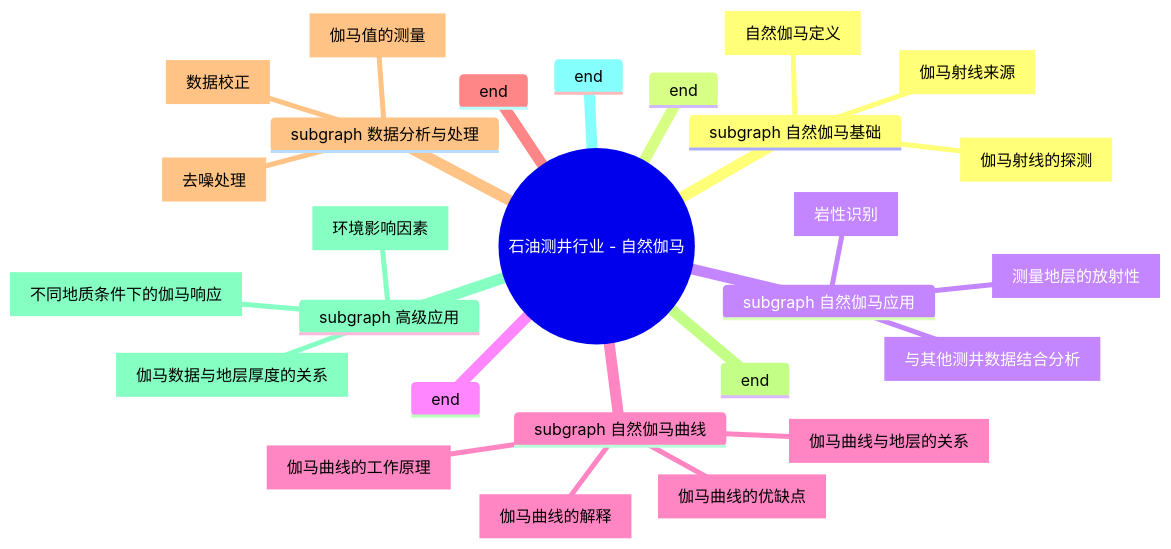
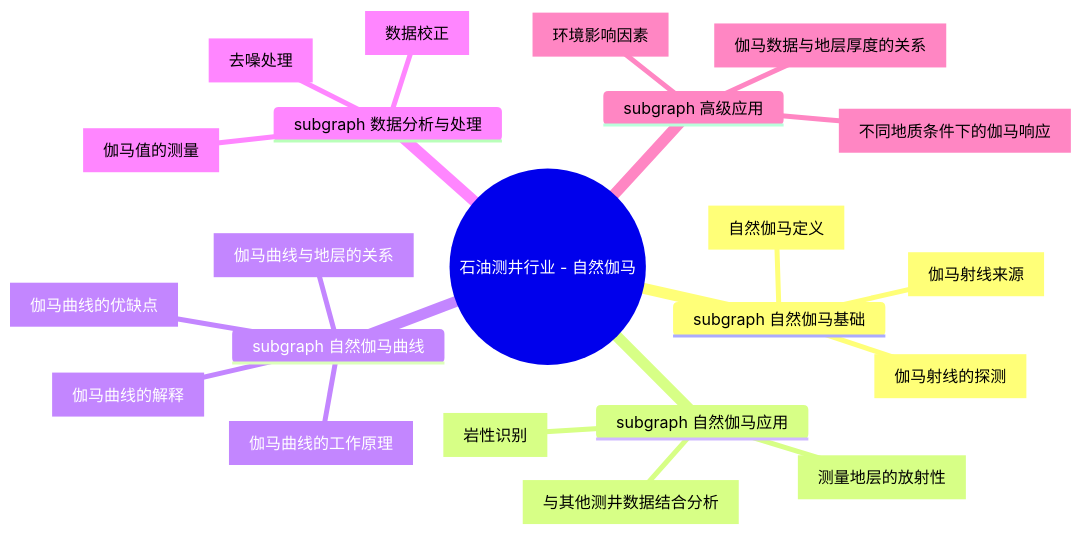
Before and after one commit to RNGMARTIN/iodraw-files: the diagram in all/未命名-1.md, drawn with Mermaid.

Commit message:
2025-02-24 11:03:57 update

````diff
--- a/all/未命名-1.md
+++ b/all/未命名-1.md
@@ -1,31 +1,26 @@
 ```mermaid
 mindmap
   root((石油测井行业 - 自然伽马))
     subgraph 自然伽马基础
       A[自然伽马定义]
       B[伽马射线来源]
       C[伽马射线的探测]
-    end
     subgraph 自然伽马应用
       D[岩性识别]
       E[测量地层的放射性]
       F[与其他测井数据结合分析]
-    end
     subgraph 自然伽马曲线
       G[伽马曲线的工作原理]
       H[伽马曲线的解释]
       I[伽马曲线与地层的关系]
       J[伽马曲线的优缺点]
-    end
     subgraph 数据分析与处理
       K[伽马值的测量]
       L[去噪处理]
       M[数据校正]
-    end
     subgraph 高级应用
       N[环境影响因素]
       O[不同地质条件下的伽马响应]
       P[伽马数据与地层厚度的关系]
-    end
 
 ```
````
